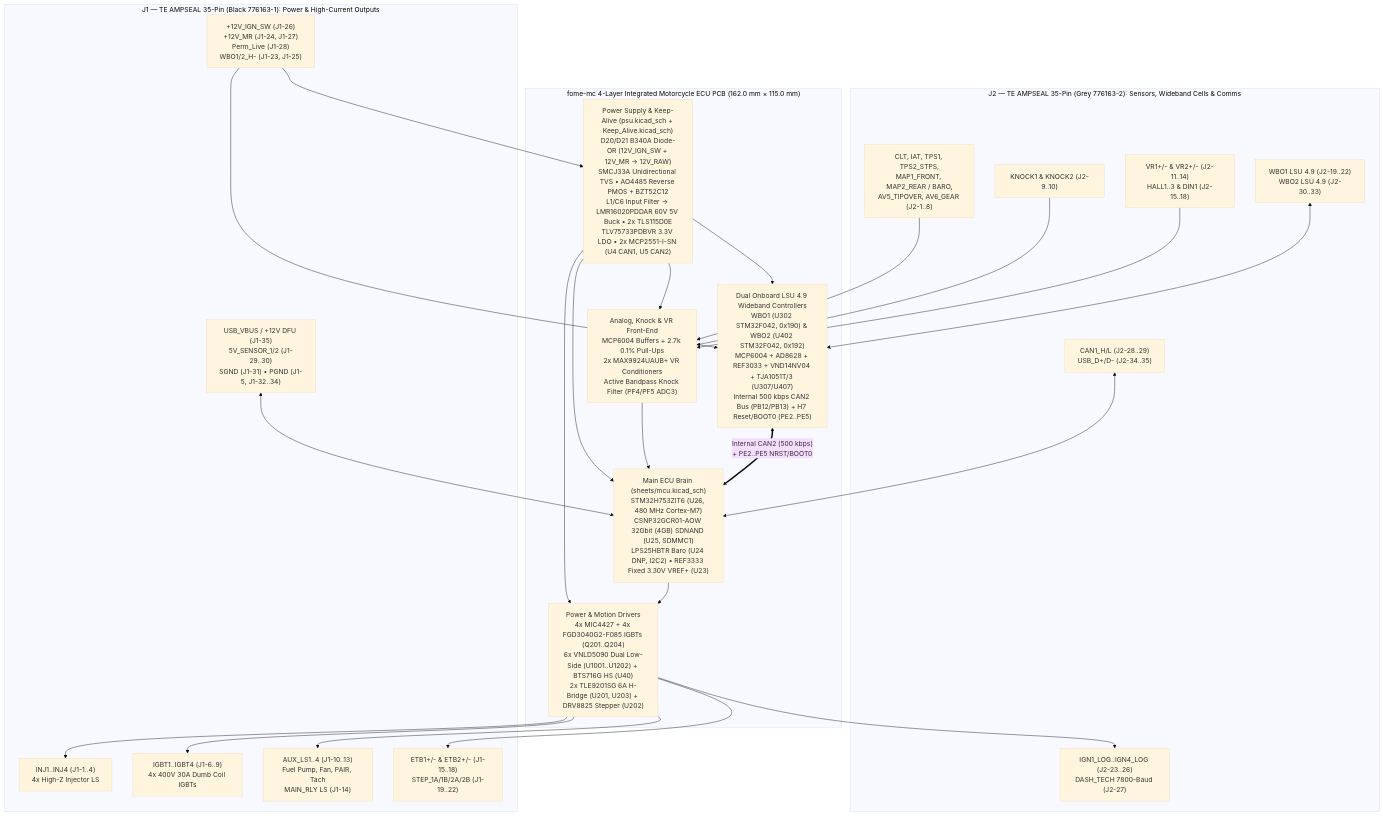
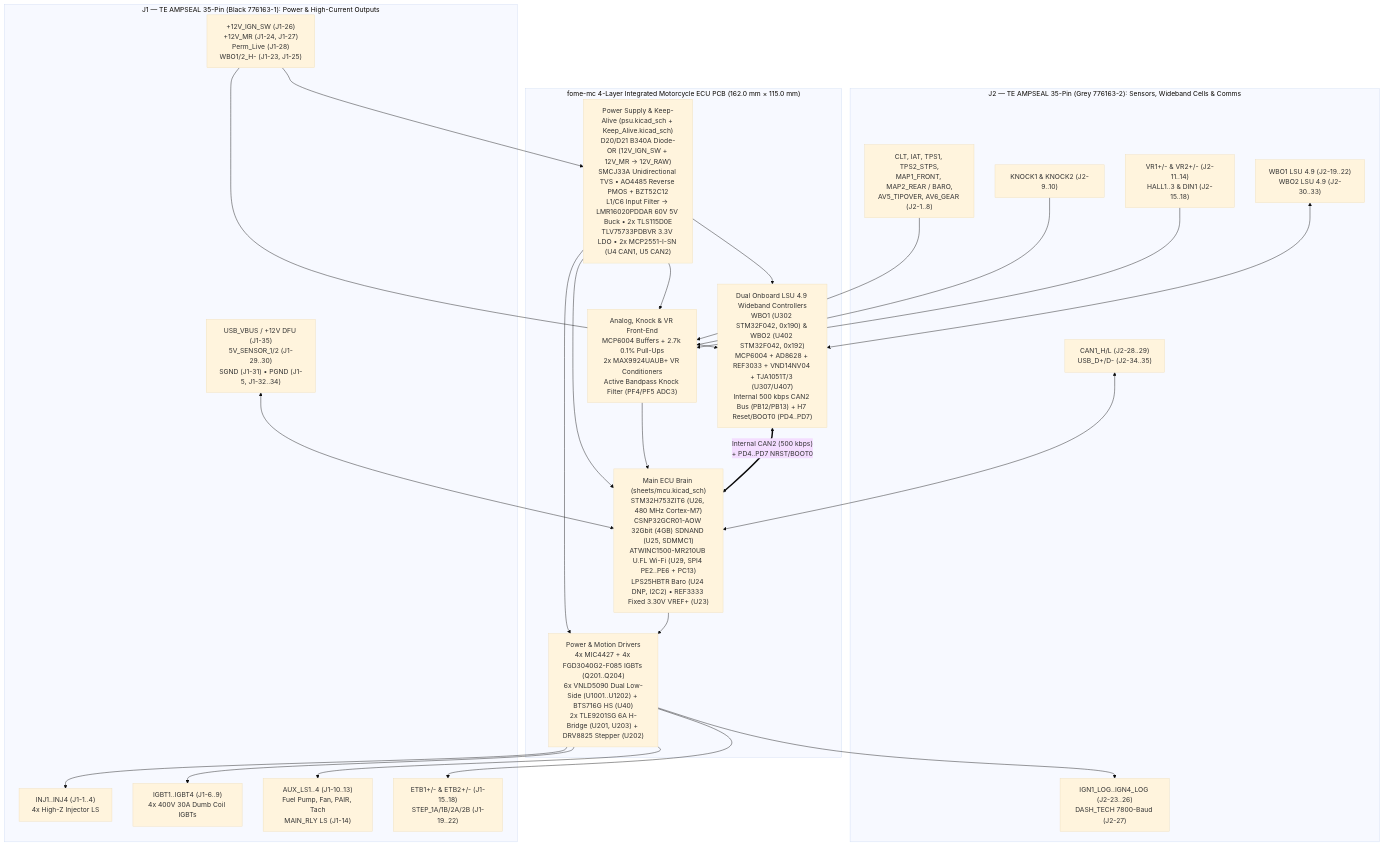
The diagram in README.md (halbritt/fome-mc), drawn with Mermaid (base theme) before and after one commit. The commit also changed other lines of this file and 10 other files, not shown here.

Commit message:
Re-integrate ATWINC1500-MR210UB Wi-Fi on SPI4 and remap WBO1/2 reset/boot pins (FOMEMC-2)

````diff
--- a/README.md
+++ b/README.md
@@ -28,38 +28,38 @@
 ```mermaid
 flowchart TB
     subgraph J1["J1 — TE AMPSEAL 35-Pin (Black 776163-1): Power & High-Current Outputs"]
         J1_PWR["+12V_IGN_SW (J1-26)<br/>+12V_MR (J1-24, J1-27)<br/>Perm_Live (J1-28)<br/>WBO1/2_H- (J1-23, J1-25)"]
         J1_INJ["INJ1..INJ4 (J1-1..4)<br/>4x High-Z Injector LS"]
         J1_IGBT["IGBT1..IGBT4 (J1-6..9)<br/>4x 400V 30A Dumb Coil IGBTs"]
         J1_AUX["AUX_LS1..4 (J1-10..13)<br/>Fuel Pump, Fan, PAIR, Tach<br/>MAIN_RLY LS (J1-14)"]
         J1_MOT["ETB1+/- & ETB2+/- (J1-15..18)<br/>STEP_1A/1B/2A/2B (J1-19..22)"]
         J1_DFU["USB_VBUS / +12V DFU (J1-35)<br/>5V_SENSOR_1/2 (J1-29..30)<br/>SGND (J1-31) • PGND (J1-5, J1-32..34)"]
     end
 
     subgraph J2["J2 — TE AMPSEAL 35-Pin (Grey 776163-2): Sensors, Wideband Cells & Comms"]
         J2_ANA["CLT, IAT, TPS1, TPS2_STPS,<br/>MAP1_FRONT, MAP2_REAR / BARO,<br/>AV5_TIPOVER, AV6_GEAR (J2-1..8)"]
         J2_KNK["KNOCK1 & KNOCK2 (J2-9..10)"]
         J2_TRG["VR1+/- & VR2+/- (J2-11..14)<br/>HALL1..3 & DIN1 (J2-15..18)"]
         J2_WBO["WBO1 LSU 4.9 (J2-19..22)<br/>WBO2 LSU 4.9 (J2-30..33)"]
         J2_IGN["IGN1_LOG..IGN4_LOG (J2-23..26)<br/>DASH_TECH 7800-Baud (J2-27)"]
         J2_COM["CAN1_H/L (J2-28..29)<br/>USB_D+/D- (J2-34..35)"]
     end
 
     subgraph PCB["fome-mc 4-Layer Integrated Motorcycle ECU PCB (162.0 mm × 115.0 mm)"]
         PSU["Power Supply & Keep-Alive (psu.kicad_sch + Keep_Alive.kicad_sch)<br/>D20/D21 B340A Diode-OR (12V_IGN_SW + 12V_MR -> 12V_RAW)<br/>SMCJ33A Unidirectional TVS • AO4485 Reverse PMOS + BZT52C12<br/>L1/C6 Input Filter -> LMR16020PDDAR 60V 5V Buck • 2x TLS115D0E<br/>TLV75733PDBVR 3.3V LDO • 2x MCP2551-I-SN (U4 CAN1, U5 CAN2)"]
-        MCU["Main ECU Brain (sheets/mcu.kicad_sch)<br/>STM32H753ZIT6 (U26, 480 MHz Cortex-M7)<br/>CSNP32GCR01-AOW 32Gbit (4GB) SDNAND (U25, SDMMC1)<br/>LPS25HBTR Baro (U24 DNP, I2C2) • REF3333 Fixed 3.30V VREF+ (U23)"]
+        MCU["Main ECU Brain (sheets/mcu.kicad_sch)<br/>STM32H753ZIT6 (U26, 480 MHz Cortex-M7)<br/>CSNP32GCR01-AOW 32Gbit (4GB) SDNAND (U25, SDMMC1)<br/>ATWINC1500-MR210UB U.FL Wi-Fi (U29, SPI4 PE2..PE6 + PC13)<br/>LPS25HBTR Baro (U24 DNP, I2C2) • REF3333 Fixed 3.30V VREF+ (U23)"]
         AFE["Analog, Knock & VR Front-End<br/>MCP6004 Buffers + 2.7k 0.1% Pull-Ups<br/>2x MAX9924UAUB+ VR Conditioners<br/>Active Bandpass Knock Filter (PF4/PF5 ADC3)"]
         DRV["Power & Motion Drivers<br/>4x MIC4427 + 4x FGD3040G2-F085 IGBTs (Q201..Q204)<br/>6x VNLD5090 Dual Low-Side (U1001..U1202) + BTS716G HS (U40)<br/>2x TLE9201SG 6A H-Bridge (U201, U203) + DRV8825 Stepper (U202)"]
-        WBO["Dual Onboard LSU 4.9 Wideband Controllers<br/>WBO1 (U302 STM32F042, 0x190) & WBO2 (U402 STM32F042, 0x192)<br/>MCP6004 + AD8628 + REF3033 + VND14NV04 + TJA1051T/3 (U307/U407)<br/>Internal 500 kbps CAN2 Bus (PB12/PB13) + H7 Reset/BOOT0 (PE2..PE5)"]
+        WBO["Dual Onboard LSU 4.9 Wideband Controllers<br/>WBO1 (U302 STM32F042, 0x190) & WBO2 (U402 STM32F042, 0x192)<br/>MCP6004 + AD8628 + REF3033 + VND14NV04 + TJA1051T/3 (U307/U407)<br/>Internal 500 kbps CAN2 Bus (PB12/PB13) + H7 Reset/BOOT0 (PD4..PD7)"]
     end
 
     J1_PWR --> PSU
     PSU --> MCU & AFE & DRV & WBO
     J2_ANA & J2_KNK & J2_TRG --> AFE --> MCU
     J2_WBO <--> WBO
     J1_PWR --> WBO
-    WBO <==>|"Internal CAN2 (500 kbps)<br/>+ PE2..PE5 NRST/BOOT0"| MCU
+    WBO <==>|"Internal CAN2 (500 kbps)<br/>+ PD4..PD7 NRST/BOOT0"| MCU
     MCU --> DRV
     DRV --> J1_INJ & J1_IGBT & J1_AUX & J1_MOT & J2_IGN
     J2_COM & J1_DFU <--> MCU
 ```
````
